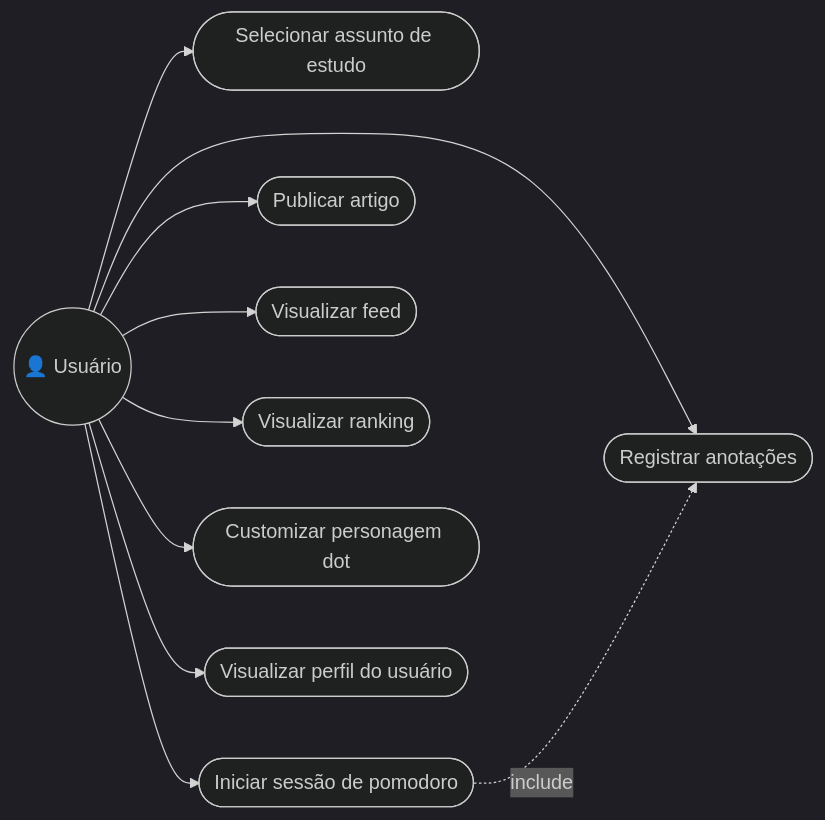
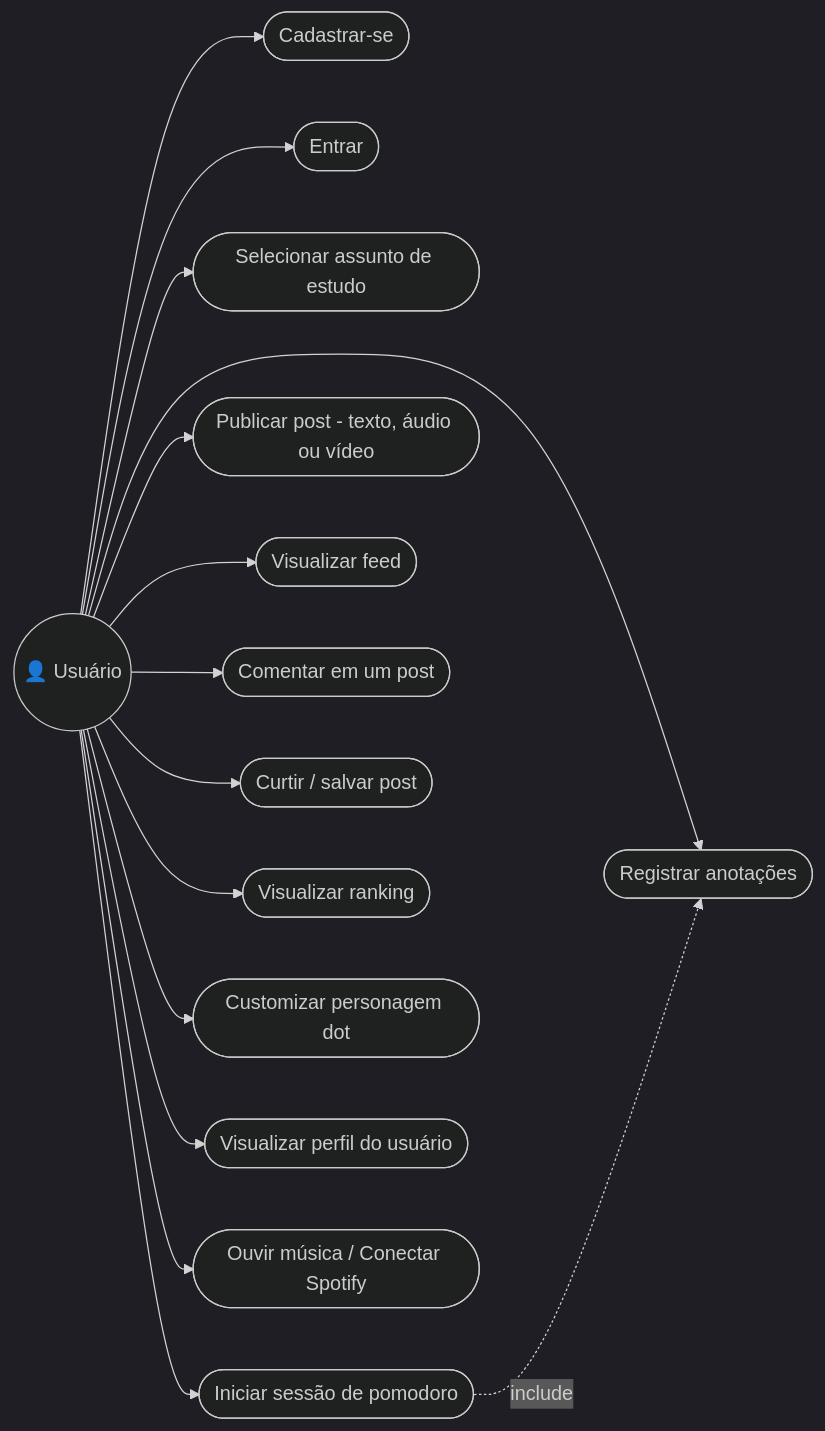
The second of 7 diagrams in docs/04-modelagem-uml.md (lucvs07/dot-study), drawn with Mermaid (dark theme) before and after one commit. The commit also changed other lines of this file and 7 other files, not shown here.

Commit message:
docs: atualizar requisitos, UML, jornada e README para o CP5

````diff
--- a/docs/04-modelagem-uml.md
+++ b/docs/04-modelagem-uml.md
@@ -70,22 +112,32 @@
 ```mermaid
 flowchart LR
     Usuario(("👤 Usuário"))
+    UC0a([Cadastrar-se])
+    UC0b([Entrar])
     UC1([Selecionar assunto de estudo])
     UC2([Iniciar sessão de pomodoro])
     UC3([Registrar anotações])
-    UC4([Publicar artigo])
+    UC4([Publicar post - texto, áudio ou vídeo])
     UC5([Visualizar feed])
+    UC5b([Comentar em um post])
+    UC5c([Curtir / salvar post])
     UC6([Visualizar ranking])
     UC7([Customizar personagem dot])
     UC8([Visualizar perfil do usuário])
+    UC9([Ouvir música / Conectar Spotify])
 
+    Usuario --> UC0a
+    Usuario --> UC0b
     Usuario --> UC1
     Usuario --> UC2
     Usuario --> UC3
     Usuario --> UC4
     Usuario --> UC5
+    Usuario --> UC5b
+    Usuario --> UC5c
     Usuario --> UC6
     Usuario --> UC7
     Usuario --> UC8
+    Usuario --> UC9
     UC2 -. include .-> UC3
 ```
````
